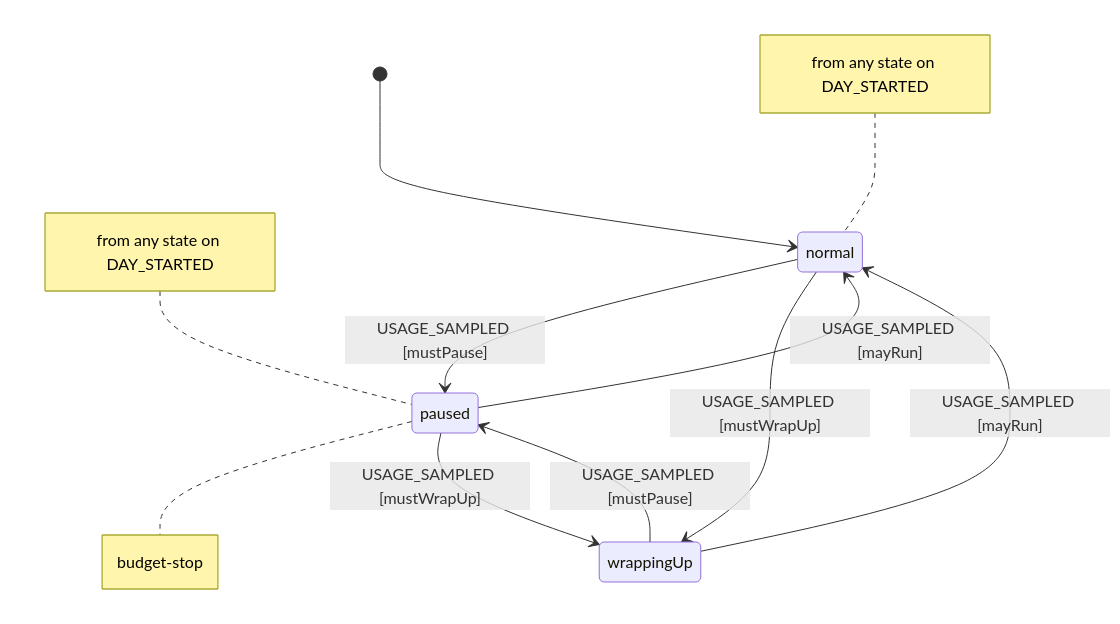
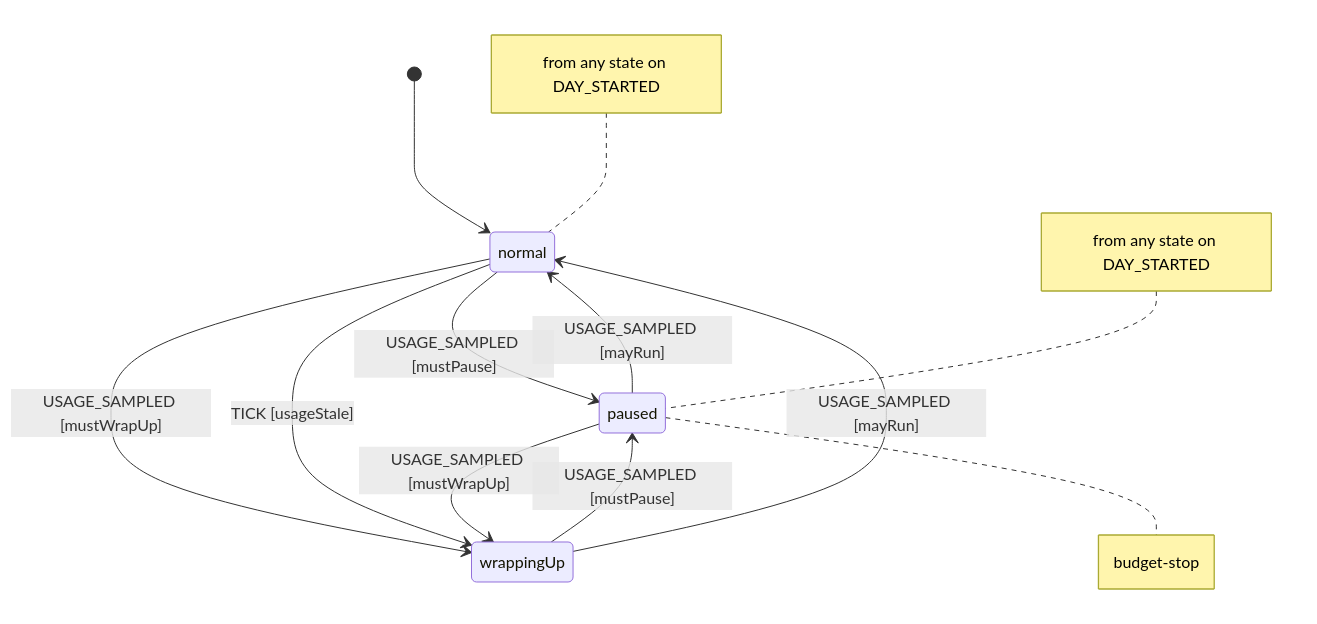
The first of 4 diagrams in packages/harness/spec/SPEC.md (suredesigntshirts/ccp_machine_test), drawn with Mermaid before and after one commit. The commit also changed other lines of this file and 8 other files, not shown here.

````diff
--- a/packages/harness/spec/SPEC.md
+++ b/packages/harness/spec/SPEC.md
@@ -9,16 +9,17 @@
 ```mermaid
 stateDiagram-v2
   state "normal" as normal
   state "wrappingUp" as wrappingUp
   state "paused" as paused
   note right of paused : budget-stop
   [*] --> normal
   normal --> paused : USAGE_SAMPLED [mustPause]
   normal --> wrappingUp : USAGE_SAMPLED [mustWrapUp]
+  normal --> wrappingUp : TICK [usageStale]
   wrappingUp --> paused : USAGE_SAMPLED [mustPause]
   wrappingUp --> normal : USAGE_SAMPLED [mayRun]
   paused --> normal : USAGE_SAMPLED [mayRun]
   paused --> wrappingUp : USAGE_SAMPLED [mustWrapUp]
   note left of paused : from any state on DAY_STARTED
   note left of normal : from any state on DAY_STARTED
 ```
````
